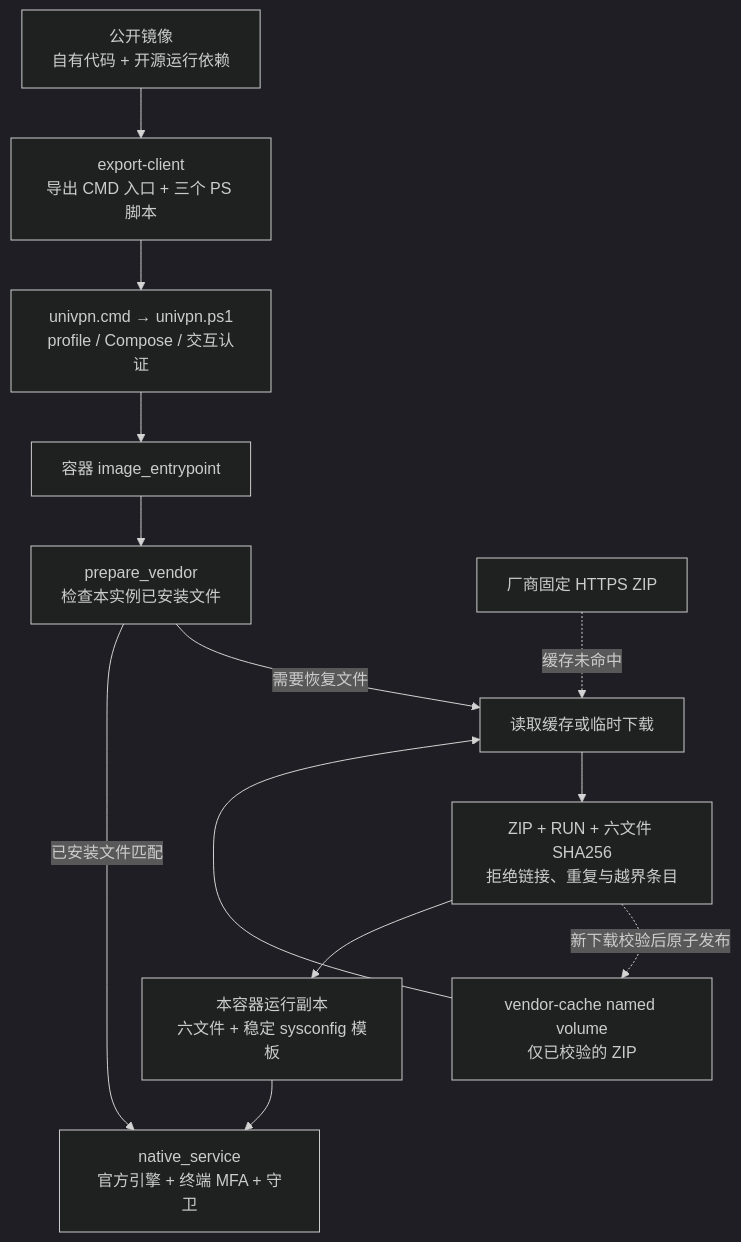
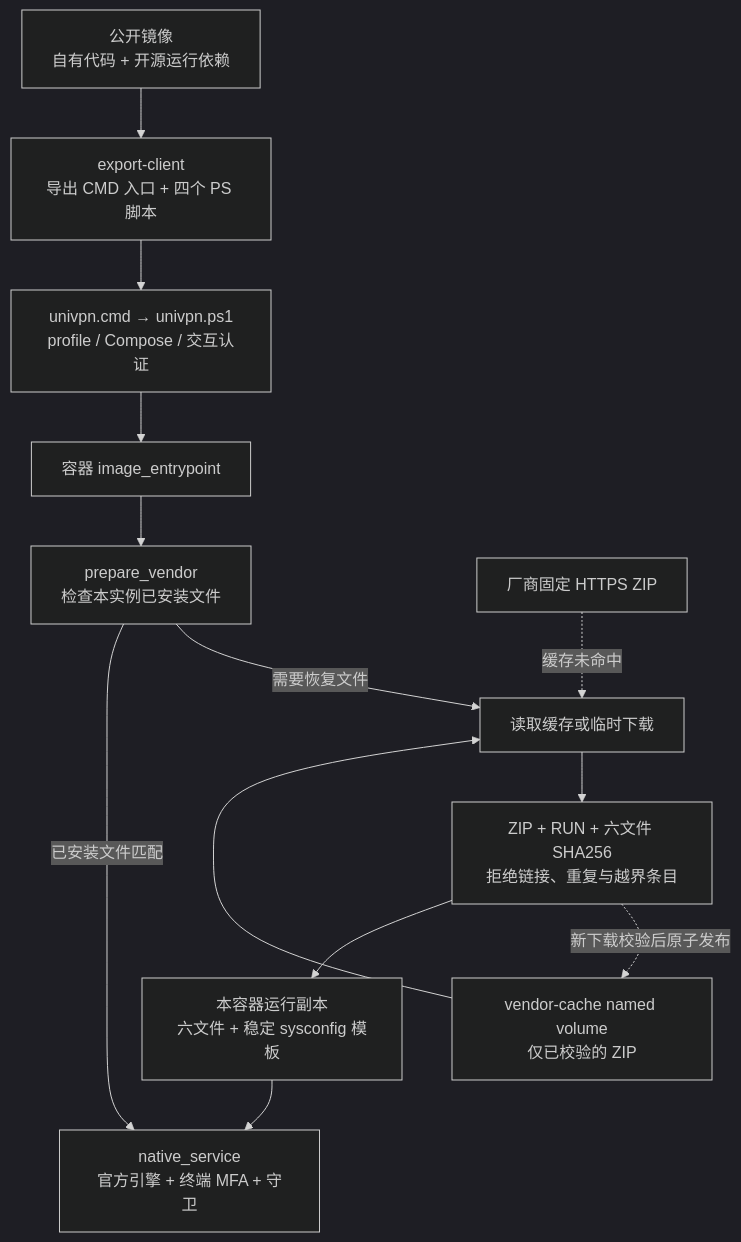
Before and after one commit to JavaZeroo/univpn-docker-gateway: the second of 4 diagrams in docs/architecture.md, drawn with Mermaid (dark theme). The commit also changed other lines of this file and 16 other files, not shown here.

````diff
--- a/docs/architecture.md
+++ b/docs/architecture.md
@@ -27,15 +27,15 @@
 ```mermaid
 flowchart TB
-    Hub["公开镜像<br/>自有代码 + 开源运行依赖"] --> Export["export-client<br/>导出 CMD 入口 + 三个 PS 脚本"]
+    Hub["公开镜像<br/>自有代码 + 开源运行依赖"] --> Export["export-client<br/>导出 CMD 入口 + 四个 PS 脚本"]
     Export --> Client["univpn.cmd → univpn.ps1<br/>profile / Compose / 交互认证"]
     Client --> Entry["容器 image_entrypoint"]
     Entry --> Prepare["prepare_vendor<br/>检查本实例已安装文件"]
     Prepare -->|"需要恢复文件"| Read["读取缓存或临时下载"]
     Official["厂商固定 HTTPS ZIP"] -. "缓存未命中" .-> Read
     Cache["vendor-cache named volume<br/>仅已校验的 ZIP"] --> Read
     Read --> Verify["ZIP + RUN + 六文件 SHA256<br/>拒绝链接、重复与越界条目"]
     Verify -. "新下载校验后原子发布" .-> Cache
     Verify --> Local["本容器运行副本<br/>六文件 + 稳定 sysconfig 模板"]
     Local --> Native["native_service<br/>官方引擎 + 终端 MFA + 守卫"]
     Prepare -->|"已安装文件匹配"| Native
 ```
````
